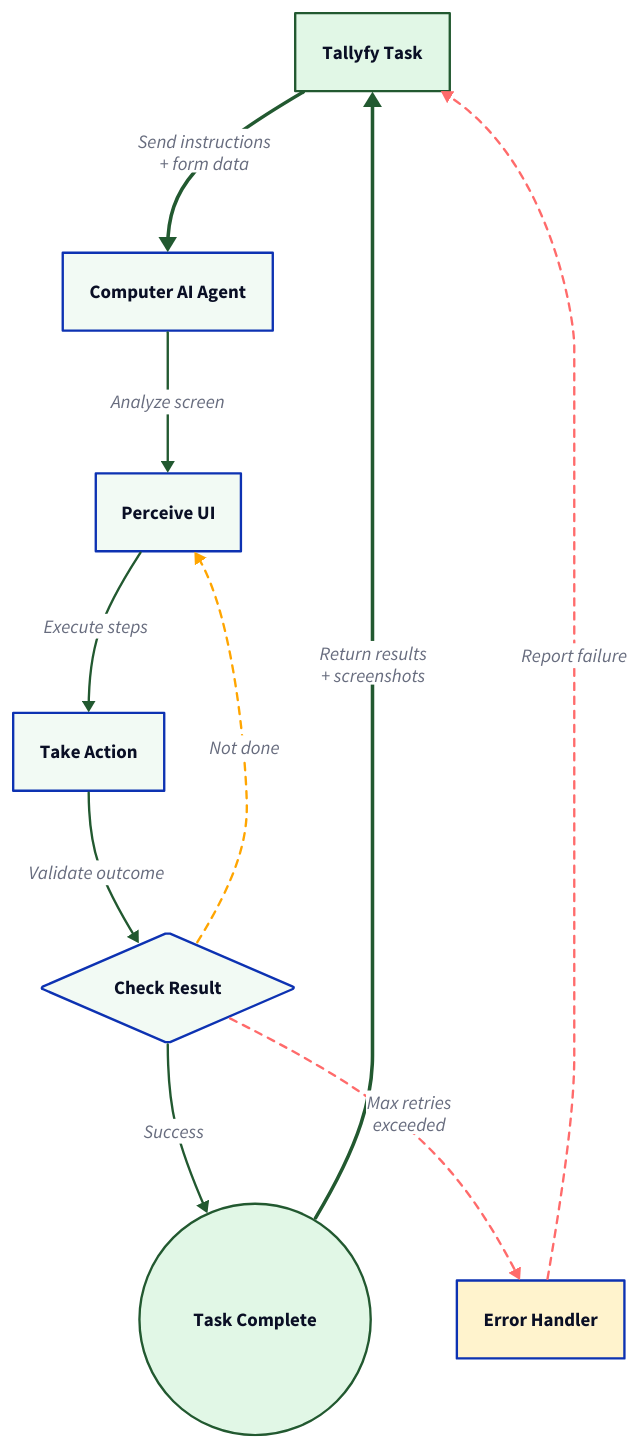
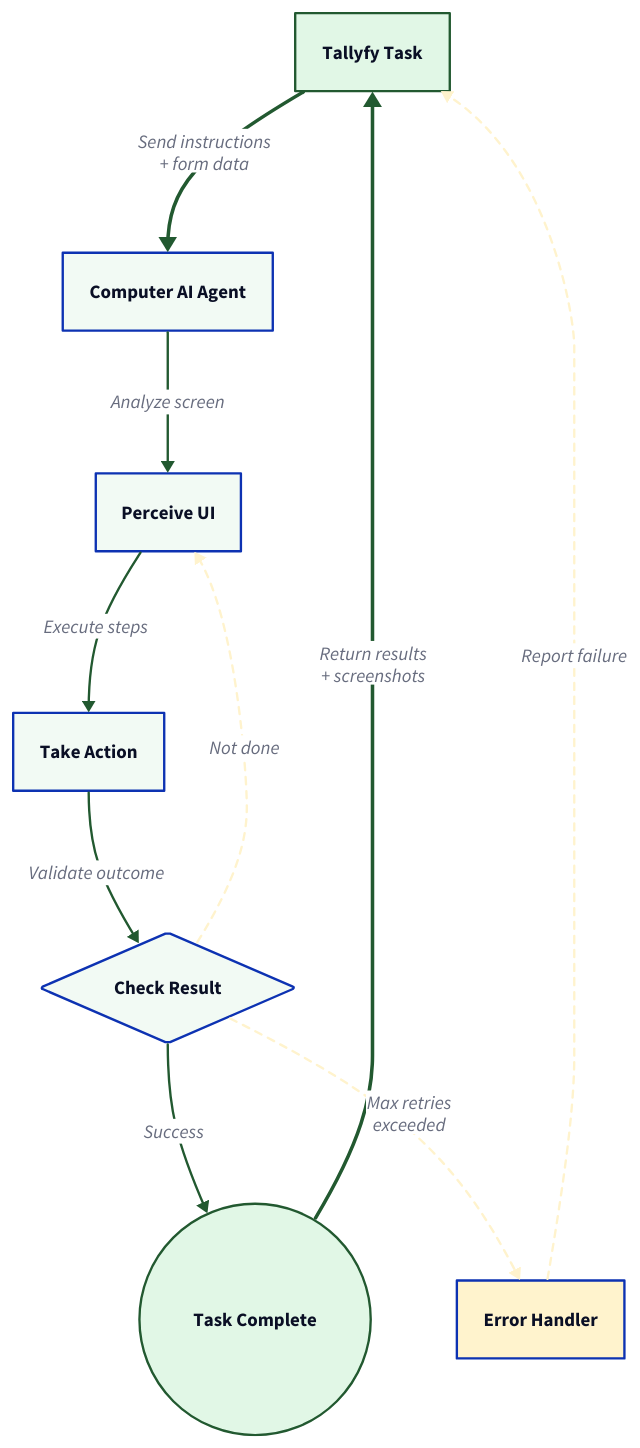
The diagram in src/content/docs/pro/integrations/computer-ai-agents/index.mdx (tallyfy/documentation), drawn with D2 before and after one commit. The commit also changed 66 other files, not shown here.

````diff
--- a/src/content/docs/pro/integrations/computer-ai-agents/index.mdx
+++ b/src/content/docs/pro/integrations/computer-ai-agents/index.mdx
@@ -127,7 +127,7 @@
 
 # Retry Loop
 Verify -> Perceive: Retry if needed {
-  style.stroke: "#ffa500"
+  style.stroke: "#fff3cd"
   style.stroke-dash: 3
   label: "Not done"
 }
@@ -151,12 +151,12 @@
 }
 
 Verify -> Error: Max retries\nexceeded {
-  style.stroke: "#ff6b6b"
+  style.stroke: "#fff3cd"
   style.stroke-dash: 3
 }
 
 Error -> Tallyfy: Report failure {
-  style.stroke: "#ff6b6b"
+  style.stroke: "#fff3cd"
   style.stroke-dash: 3
 }
 ```
````
